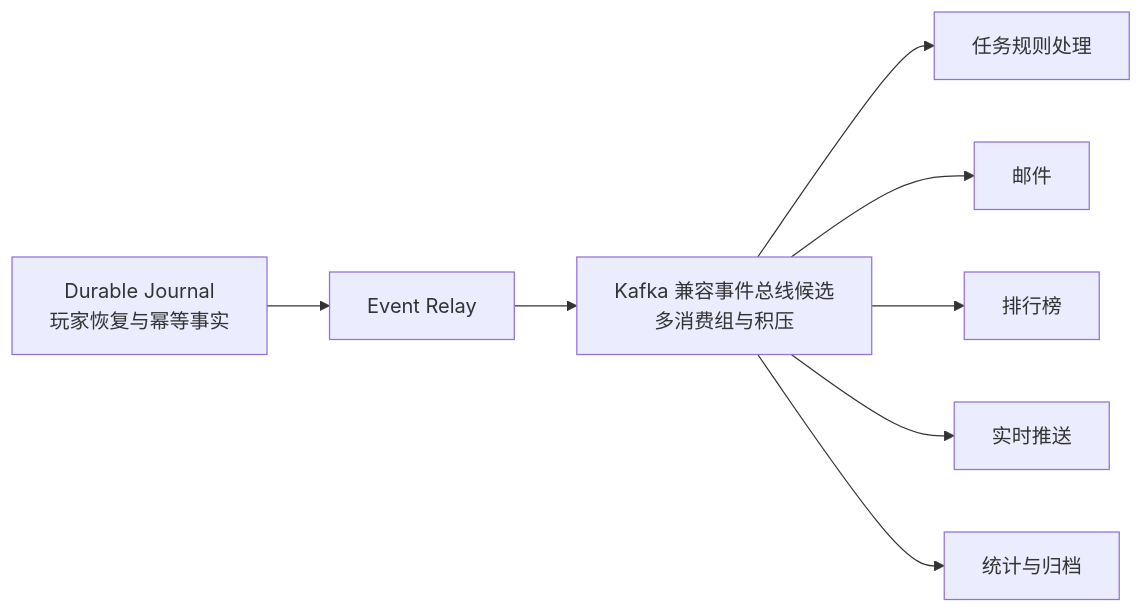
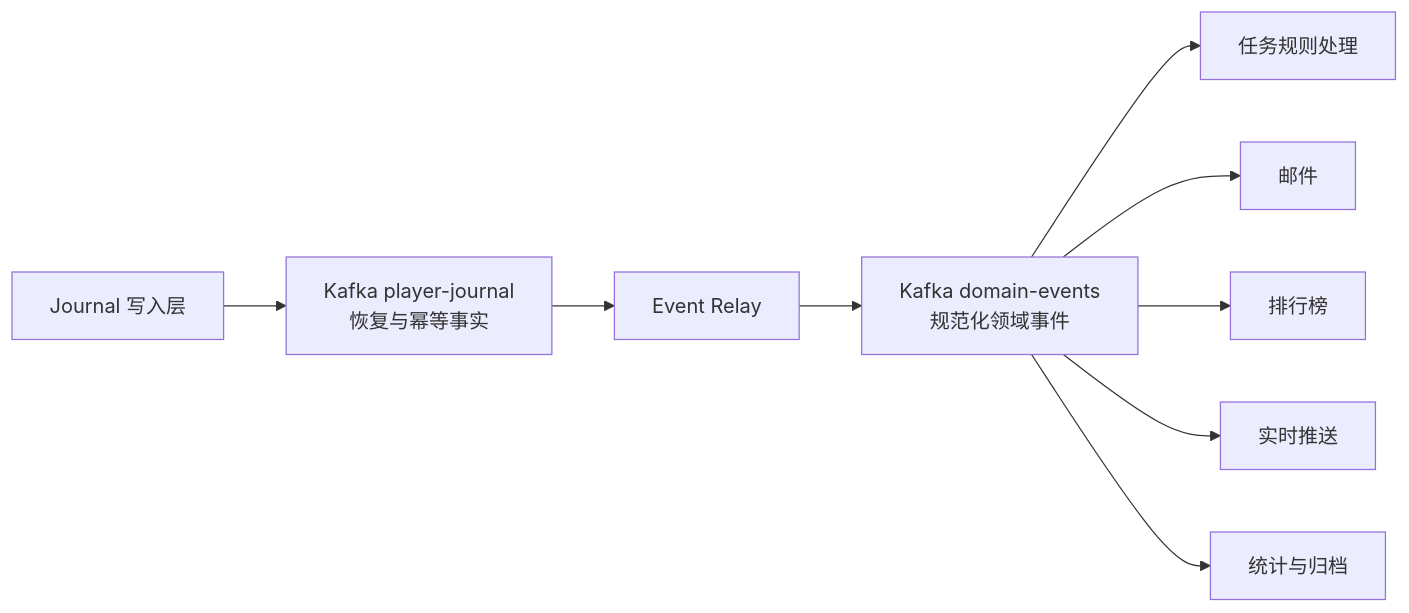
One commit to Wriosley/supernova-classic-farm changed diagram 21 of 33 in docs/architecture/stateful-zone-v2-architecture.md. Above: the diagram before and after it, drawn with Mermaid. The commit also changed other lines of this file and 15 other files, not shown here.

````diff
--- a/docs/architecture/stateful-zone-v2-architecture.md
+++ b/docs/architecture/stateful-zone-v2-architecture.md
@@ -466,10 +548,11 @@
 ```mermaid
 flowchart LR
-    J["Durable Journal<br/>玩家恢复与幂等事实"] --> R["Event Relay"]
-    R --> Q["Kafka 兼容事件总线候选<br/>多消费组与积压"]
+    J["Journal 写入层"] --> KJ["Kafka player-journal<br/>恢复与幂等事实"]
+    KJ --> R["Event Relay"]
+    R --> Q["Kafka domain-events<br/>规范化领域事件"]
     Q --> T["任务规则处理"]
     Q --> M["邮件"]
     Q --> RK["排行榜"]
     Q --> WS["实时推送"]
     Q --> A["统计与归档"]
 ```
````
